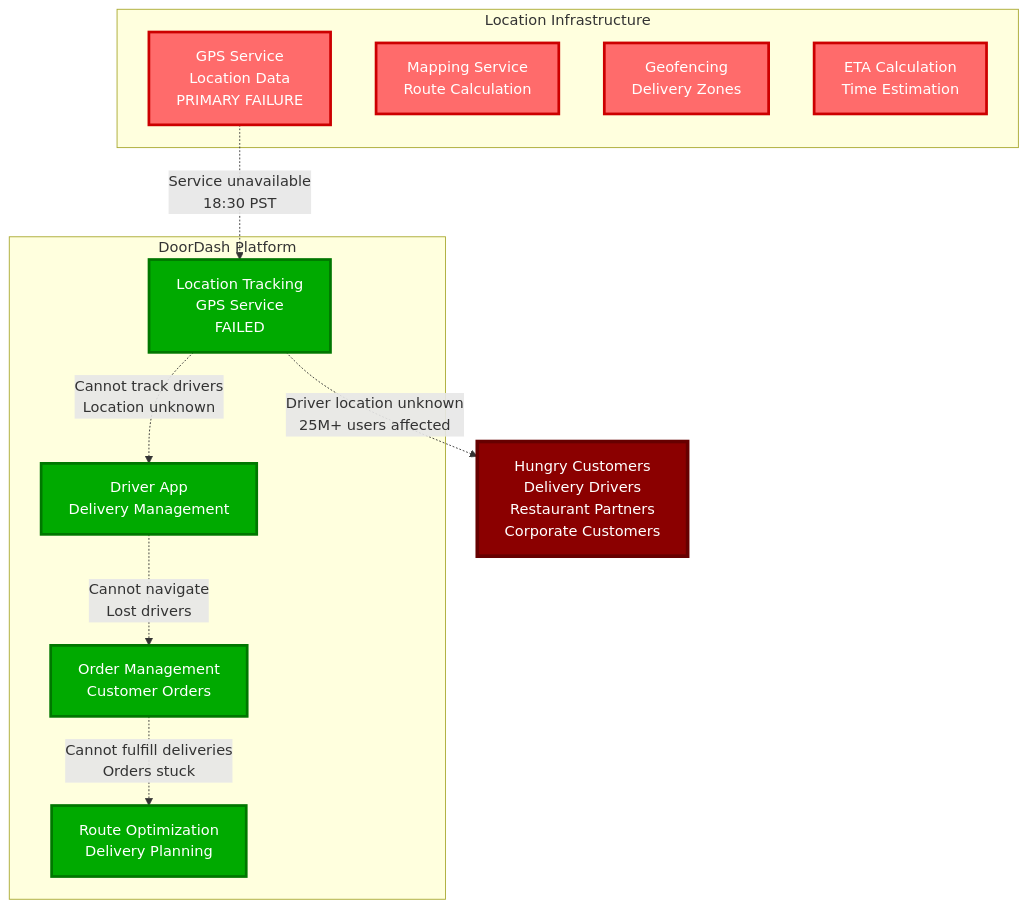
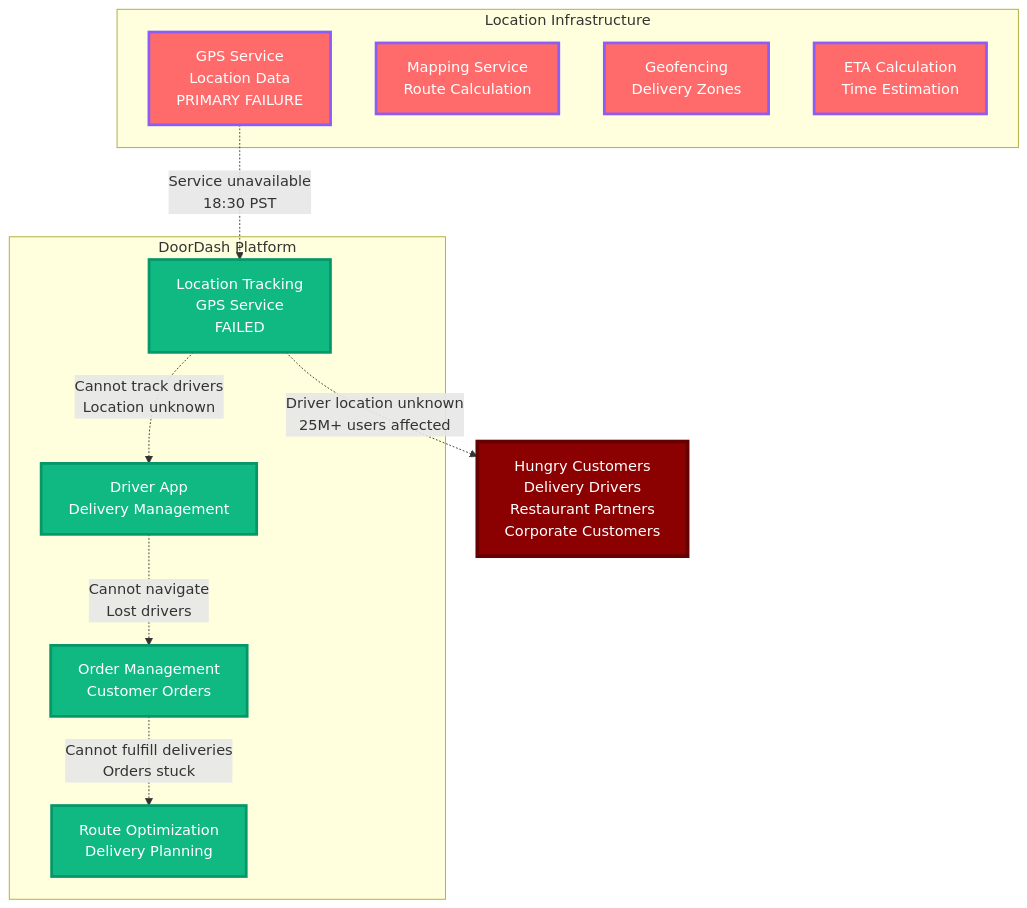
One commit to deepaucksharma/DS changed the diagram in site/docs/incidents/doordash-july-2023.md. Above: the diagram before and after it, drawn with Mermaid. The commit also changed 303 other files, not shown here.

````diff
--- a/site/docs/incidents/doordash-july-2023.md
+++ b/site/docs/incidents/doordash-july-2023.md
@@ -19,33 +19,33 @@
 ```mermaid
 graph TB
     subgraph "DoorDash Platform"
         ORDERS[Order Management<br/>Customer Orders]
         DRIVERS[Driver App<br/>Delivery Management]
         TRACKING[Location Tracking<br/>GPS Service<br/>FAILED]
         ROUTING[Route Optimization<br/>Delivery Planning]
     end
 
     subgraph "Location Infrastructure"
         GPS[GPS Service<br/>Location Data<br/>PRIMARY FAILURE]
         MAPS[Mapping Service<br/>Route Calculation]
         GEOFENCE[Geofencing<br/>Delivery Zones]
         ETA[ETA Calculation<br/>Time Estimation]
     end
 
     %% Location service failure
     GPS -.->|Service unavailable<br/>18:30 PST| TRACKING
     TRACKING -.->|Cannot track drivers<br/>Location unknown| DRIVERS
     DRIVERS -.->|Cannot navigate<br/>Lost drivers| ORDERS
     ORDERS -.->|Cannot fulfill deliveries<br/>Orders stuck| ROUTING
 
     %% Customer impact
     TRACKING -.->|"Driver location unknown"<br/>25M+ users affected| CUSTOMERS[Hungry Customers<br/>Delivery Drivers<br/>Restaurant Partners<br/>Corporate Customers]
 
-    classDef locationStyle fill:#FF6B6B,stroke:#CC0000,color:#fff,stroke-width:3px
-    classDef serviceStyle fill:#00AA00,stroke:#007700,color:#fff,stroke-width:3px
+    classDef locationStyle fill:#FF6B6B,stroke:#8B5CF6,color:#fff,stroke-width:3px
+    classDef serviceStyle fill:#10B981,stroke:#059669,color:#fff,stroke-width:3px
     classDef impactStyle fill:#8B0000,stroke:#660000,color:#fff,stroke-width:4px
 
     class GPS,MAPS,GEOFENCE,ETA locationStyle
     class ORDERS,DRIVERS,TRACKING,ROUTING serviceStyle
     class CUSTOMERS impactStyle
 ```
````
